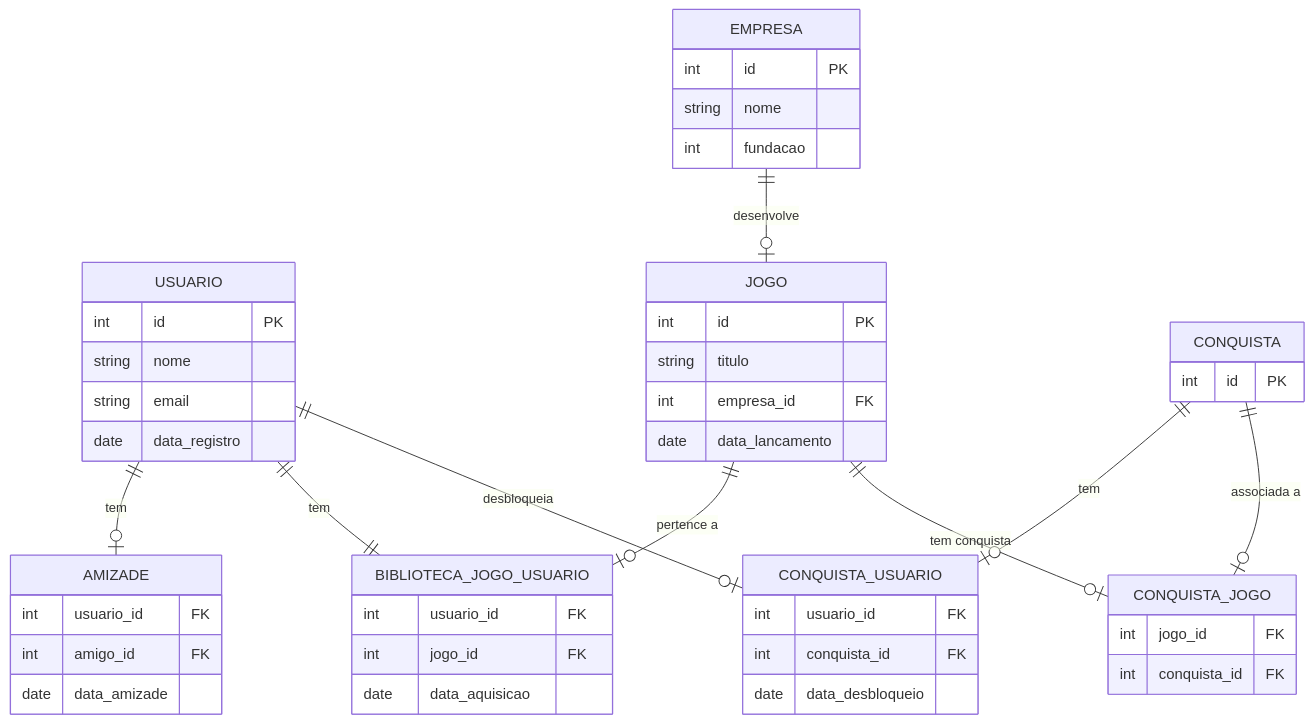
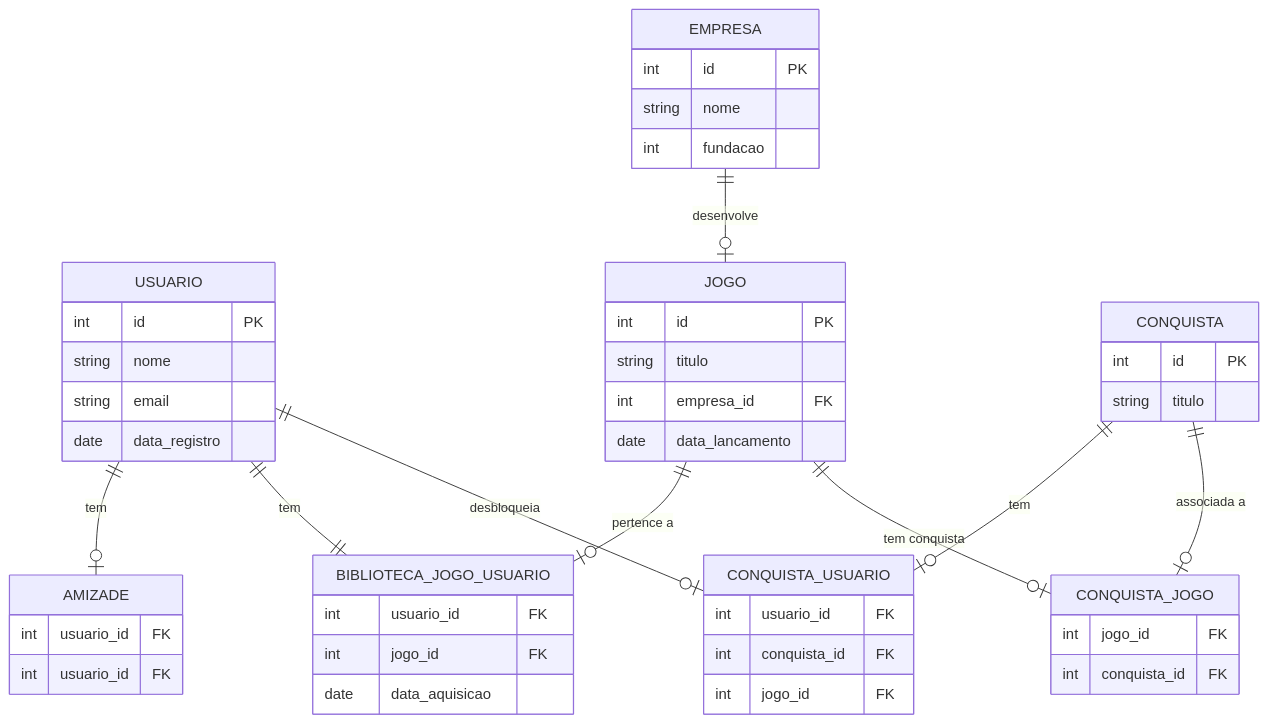
The diagram in README.md (babiciocci/Sistema_de_Plataforma_de_Jogos), drawn with Mermaid before and after one commit. The commit also changed other lines of this file, not shown here.

````diff
--- a/README.md
+++ b/README.md
@@ -63,58 +63,58 @@
 ```mermaid
 erDiagram
     USUARIO {
         int id PK
         string nome
         string email
         date data_registro
     }
 
     JOGO {
         int id PK
         string titulo
         int empresa_id FK
         date data_lancamento
     }
 
     EMPRESA {
         int id PK
         string nome
         int fundacao
     }
 
     CONQUISTA {
         int id PK
+        string titulo
     }
 
     BIBLIOTECA_JOGO_USUARIO {
         int usuario_id FK
         int jogo_id FK
         date data_aquisicao
     }
 
     CONQUISTA_JOGO {
         int jogo_id FK
         int conquista_id FK
     }
 
     CONQUISTA_USUARIO {
         int usuario_id FK
         int conquista_id FK
-        date data_desbloqueio
+        int jogo_id FK
     }
 
     AMIZADE {
         int usuario_id FK
-        int amigo_id FK
-        date data_amizade
+        int usuario_id FK
     }
 
     USUARIO ||--o| AMIZADE : "tem"
     USUARIO ||--|| BIBLIOTECA_JOGO_USUARIO : "tem"
     USUARIO ||--o| CONQUISTA_USUARIO : "desbloqueia"
     JOGO ||--o| BIBLIOTECA_JOGO_USUARIO : "pertence a"
     JOGO ||--o| CONQUISTA_JOGO : "tem conquista"
     CONQUISTA ||--o| CONQUISTA_USUARIO : "tem"
     CONQUISTA ||--o| CONQUISTA_JOGO : "associada a"
     EMPRESA ||--o| JOGO : "desenvolve"
 ```
````
